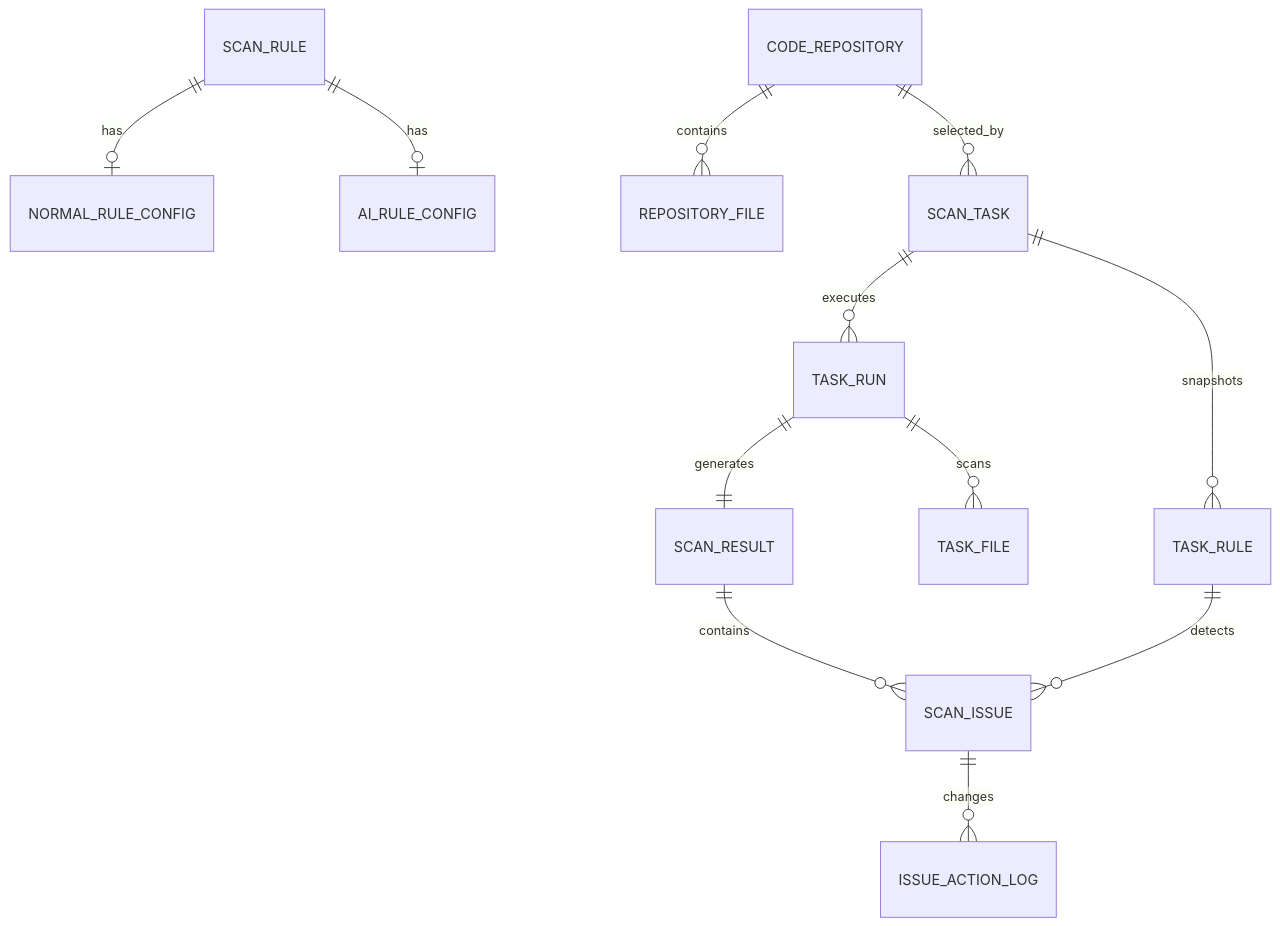
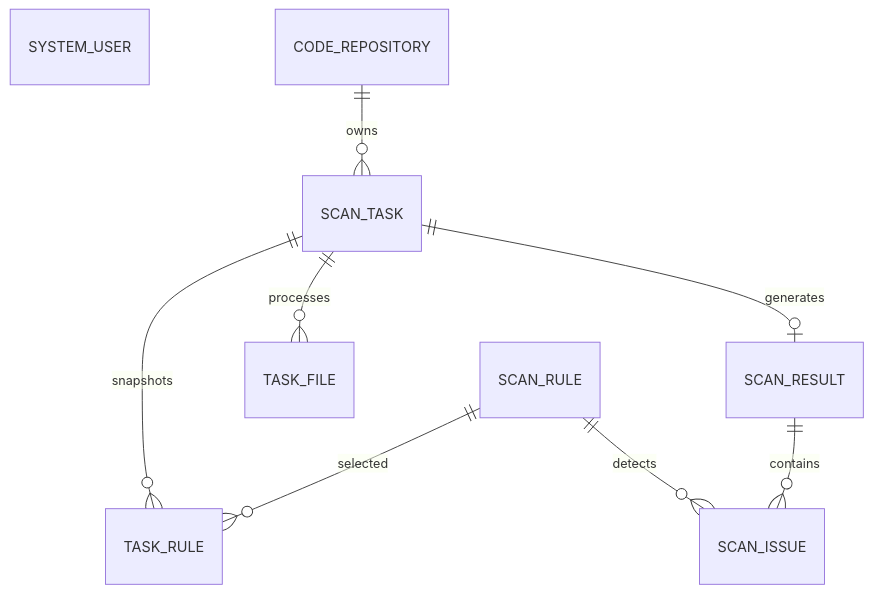
The fifth of 5 diagrams in ai-agent/spec/扫描中心-代码架构.md (tjqing/scanning-center), drawn with Mermaid before and after one commit. The commit also changed other lines of this file and 1 other file, not shown here.

````diff
--- a/ai-agent/spec/扫描中心-代码架构.md
+++ b/ai-agent/spec/扫描中心-代码架构.md
@@ -460,14 +207,11 @@
 ```mermaid
 erDiagram
-    SCAN_RULE ||--o| NORMAL_RULE_CONFIG : has
-    SCAN_RULE ||--o| AI_RULE_CONFIG : has
-    CODE_REPOSITORY ||--o{ REPOSITORY_FILE : contains
-    CODE_REPOSITORY ||--o{ SCAN_TASK : selected_by
+    SYSTEM_USER
+    SCAN_RULE ||--o{ TASK_RULE : selected
+    CODE_REPOSITORY ||--o{ SCAN_TASK : owns
     SCAN_TASK ||--o{ TASK_RULE : snapshots
-    SCAN_TASK ||--o{ TASK_RUN : executes
-    TASK_RUN ||--o{ TASK_FILE : scans
-    TASK_RUN ||--|| SCAN_RESULT : generates
+    SCAN_TASK ||--o{ TASK_FILE : processes
+    SCAN_TASK ||--o| SCAN_RESULT : generates
     SCAN_RESULT ||--o{ SCAN_ISSUE : contains
-    TASK_RULE ||--o{ SCAN_ISSUE : detects
-    SCAN_ISSUE ||--o{ ISSUE_ACTION_LOG : changes
+    SCAN_RULE ||--o{ SCAN_ISSUE : detects
 ```
````
